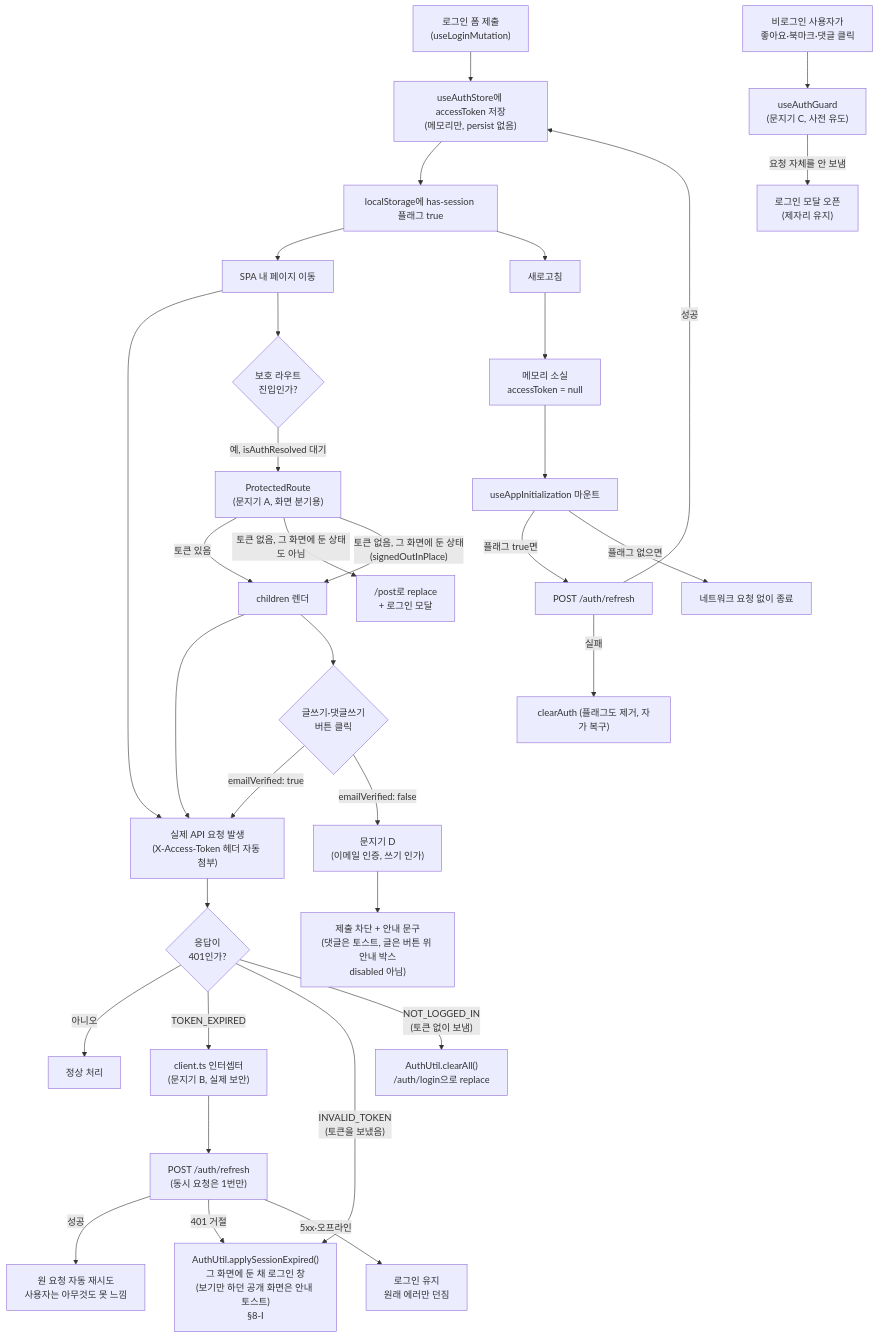
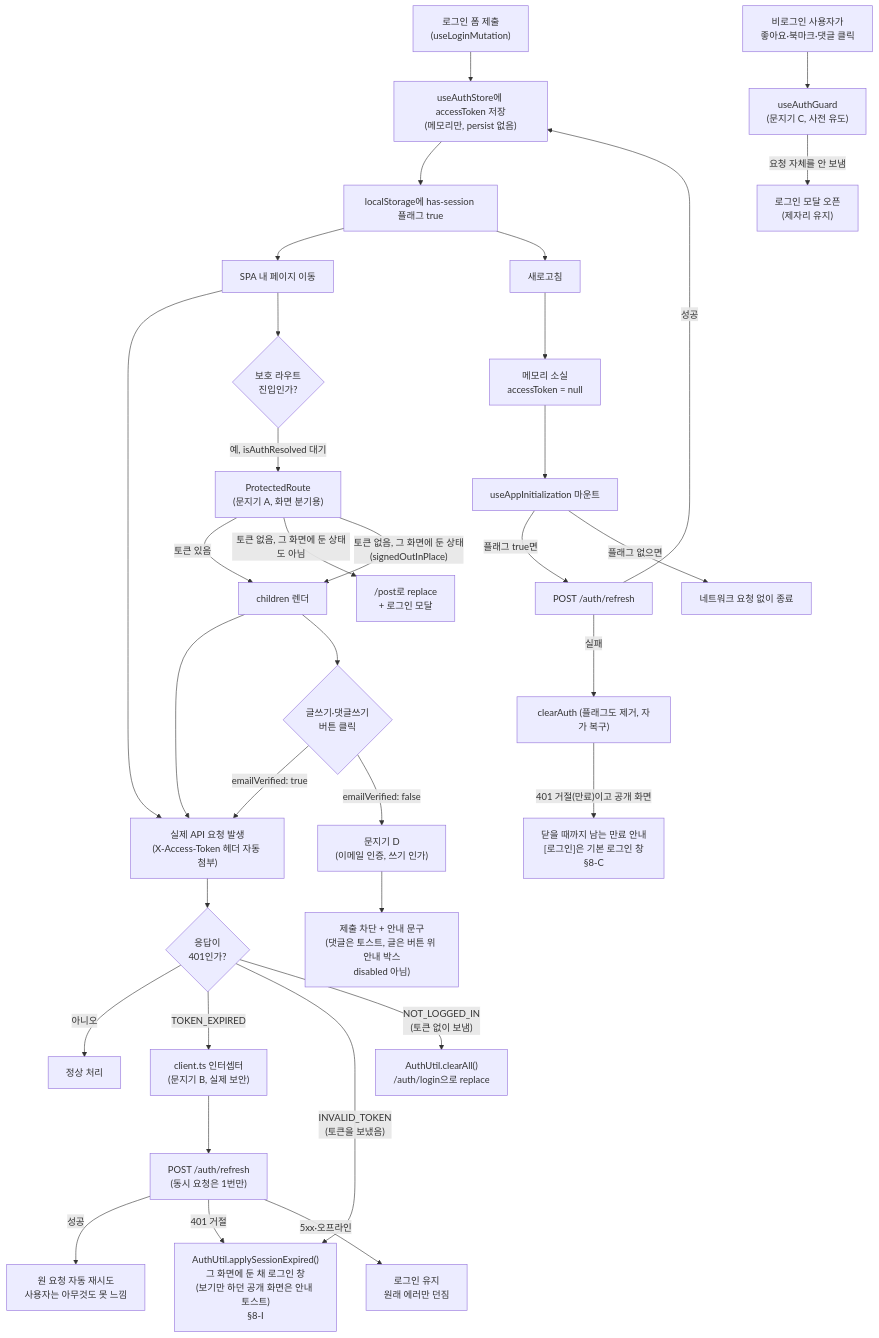
Before and after one commit to BAECHAN/link-sphere_FE_NEW: the first of 7 diagrams in docs/AUTH.md, drawn with Mermaid. The commit also changed other lines of this file and 15 other files, not shown here.

````diff
--- a/docs/AUTH.md
+++ b/docs/AUTH.md
@@ -21,41 +21,42 @@
 ```mermaid
 flowchart TD
     Login["로그인 폼 제출<br/>(useLoginMutation)"] --> Store["useAuthStore에 accessToken 저장<br/>(메모리만, persist 없음)"]
     Store --> Flag["localStorage에 has-session 플래그 true"]
 
     Flag --> Nav["SPA 내 페이지 이동"]
     Nav --> API1["실제 API 요청 발생<br/>(X-Access-Token 헤더 자동 첨부)"]
 
     Flag --> Reload["새로고침"]
     Reload --> MemGone["메모리 소실<br/>accessToken = null"]
     MemGone --> Init["useAppInitialization 마운트"]
     Init -->|"플래그 true면"| Refresh1["POST /auth/refresh"]
     Init -->|"플래그 없으면"| Skip["네트워크 요청 없이 종료"]
     Refresh1 -->|성공| Store
     Refresh1 -->|실패| ClearA["clearAuth (플래그도 제거, 자가 복구)"]
+    ClearA -->|"401 거절(만료)이고 공개 화면"| StartNotice["닫을 때까지 남는 만료 안내<br/>[로그인]은 기본 로그인 창<br/>§8-C"]
 
     Nav --> Protected{"보호 라우트<br/>진입인가?"}
     Protected -->|예, isAuthResolved 대기| Gate["ProtectedRoute<br/>(문지기 A, 화면 분기용)"]
     Gate -->|"토큰 있음"| Children["children 렌더"]
     Gate -->|"토큰 없음, 그 화면에 둔 상태도 아님"| RedirectFeed["/post로 replace<br/>+ 로그인 모달"]
     Gate -->|"토큰 없음, 그 화면에 둔 상태<br/>(signedOutInPlace)"| Children
 
     Children --> API1
     API1 --> Check401{"응답이<br/>401인가?"}
     Check401 -->|"아니오"| Done["정상 처리"]
     Check401 -->|"TOKEN_EXPIRED"| Interceptor["client.ts 인터셉터<br/>(문지기 B, 실제 보안)"]
     Interceptor --> Refresh2["POST /auth/refresh<br/>(동시 요청은 1번만)"]
     Refresh2 -->|성공| Retry["원 요청 자동 재시도<br/>사용자는 아무것도 못 느낌"]
     Refresh2 -->|"401 거절"| InPlace["AuthUtil.applySessionExpired()<br/>그 화면에 둔 채 로그인 창<br/>(보기만 하던 공개 화면은 안내 토스트)<br/>§8-I"]
     Refresh2 -->|"5xx·오프라인"| KeepLogin["로그인 유지<br/>원래 에러만 던짐"]
     Check401 -->|"INVALID_TOKEN<br/>(토큰을 보냈음)"| InPlace
     Check401 -->|"NOT_LOGGED_IN<br/>(토큰 없이 보냄)"| ClearB["AuthUtil.clearAll()<br/>/auth/login으로 replace"]
 
     Anon["비로그인 사용자가<br/>좋아요·북마크·댓글 클릭"] --> GuardC["useAuthGuard<br/>(문지기 C, 사전 유도)"]
     GuardC -->|"요청 자체를 안 보냄"| Modal["로그인 모달 오픈<br/>(제자리 유지)"]
 
     Children --> WriteClick{"글쓰기·댓글쓰기<br/>버튼 클릭"}
     WriteClick -->|"emailVerified: true"| API1
     WriteClick -->|"emailVerified: false"| GateD["문지기 D<br/>(이메일 인증, 쓰기 인가)"]
     GateD --> BlockWrite["제출 차단 + 안내 문구<br/>(댓글은 토스트, 글은 버튼 위 안내 박스<br/>disabled 아님)"]
 ```
````
